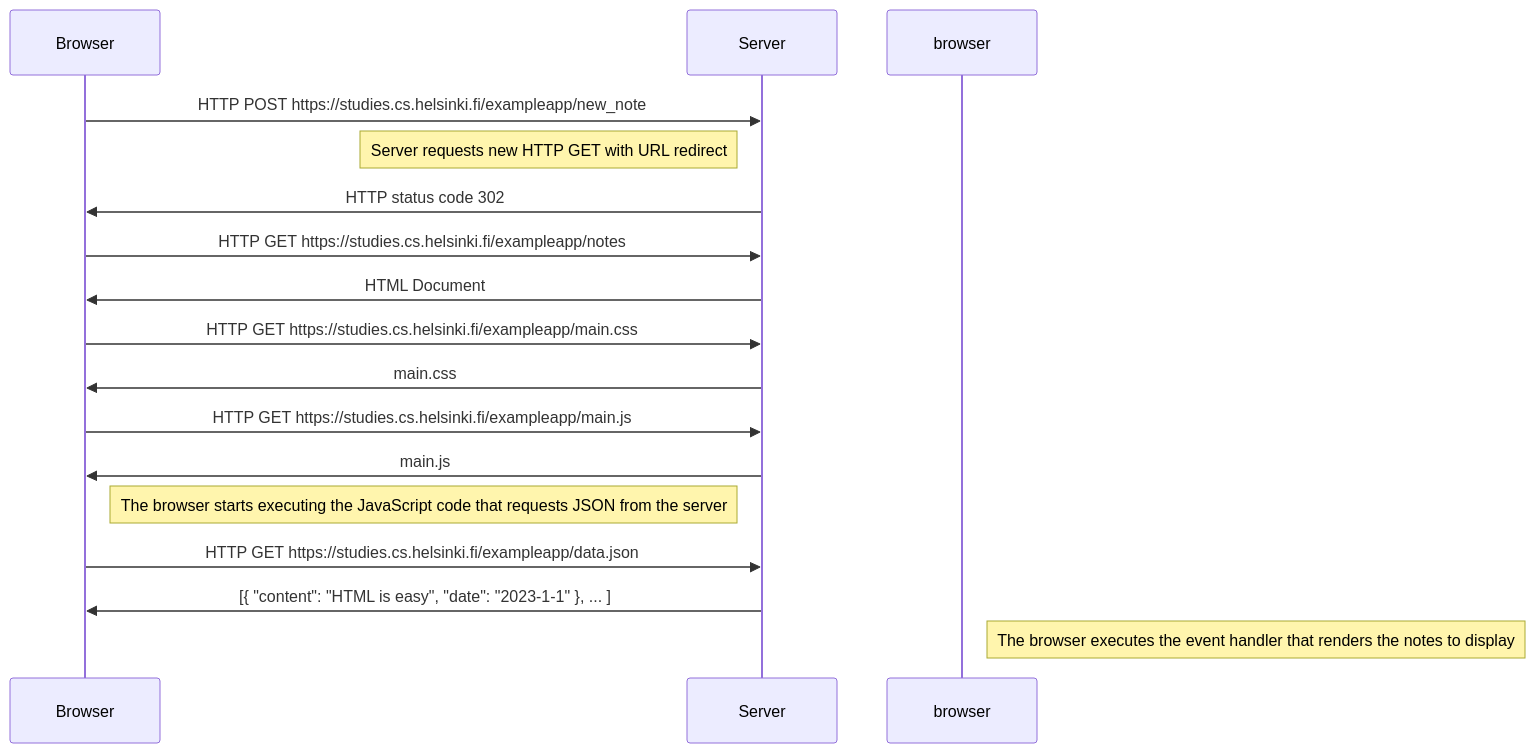
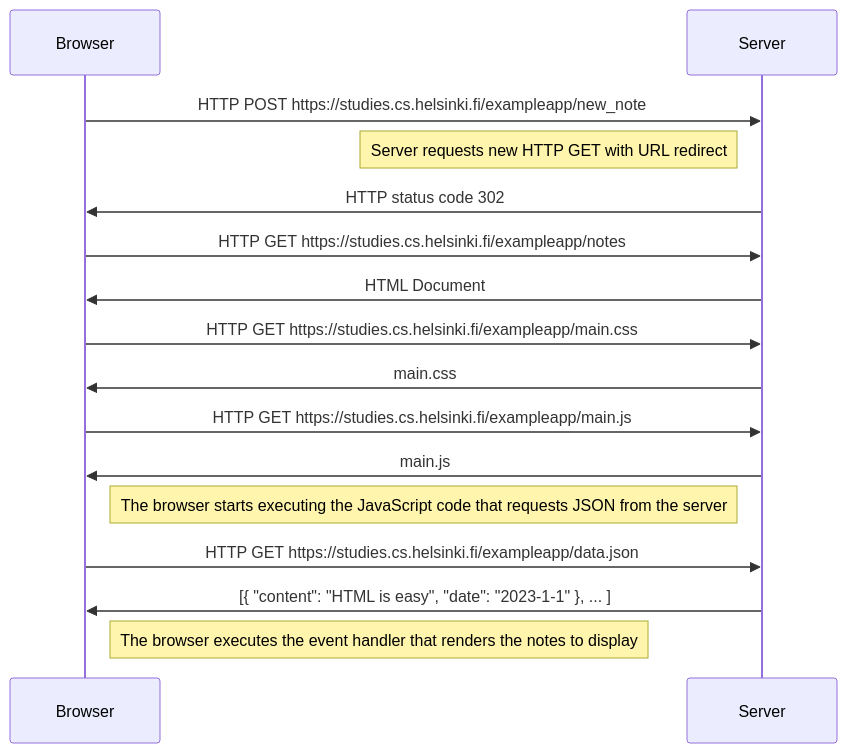
Before and after one commit to kryptos31/FullStackOpen_Submission: the diagram in part0/diagram.md, drawn with Mermaid.

````diff
--- a/part0/diagram.md
+++ b/part0/diagram.md
@@ -2,16 +2,16 @@
 ```mermaid
 sequenceDiagram
 Browser->>Server: HTTP POST https://studies.cs.helsinki.fi/exampleapp/new_note
 Note left of Server: Server requests new HTTP GET with URL redirect
 Server->>Browser: HTTP status code 302
 Browser->>Server: HTTP GET https://studies.cs.helsinki.fi/exampleapp/notes
 Server->>Browser: HTML Document
 Browser->>Server: HTTP GET https://studies.cs.helsinki.fi/exampleapp/main.css
 Server->>Browser: main.css
 Browser->>Server: HTTP GET https://studies.cs.helsinki.fi/exampleapp/main.js
 Server->>Browser: main.js
 Note right of Browser: The browser starts executing the JavaScript code that requests JSON from the server
 Browser->>Server: HTTP GET https://studies.cs.helsinki.fi/exampleapp/data.json
 Server->>Browser: [{ "content": "HTML is easy", "date": "2023-1-1" }, ... ]
-Note right of browser: The browser executes the event handler that renders the notes to display
+Note right of Browser: The browser executes the event handler that renders the notes to display
 ```
````
